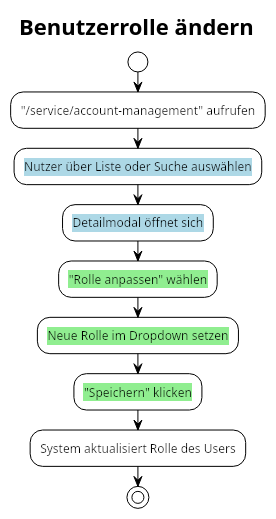
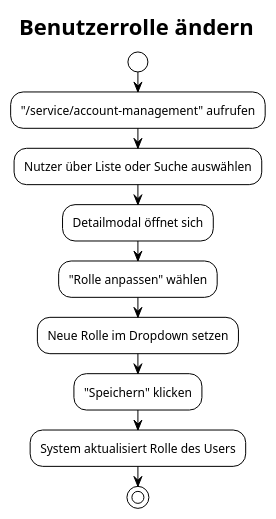
Before and after one commit to konzjulianprivat/EventimDisabilityIntegration: the diagram in diagrams/change_user_role.puml, drawn with PlantUML. The commit also changed 20 other files, not shown here.

```diff
--- a/diagrams/change_user_role.puml
+++ b/diagrams/change_user_role.puml
@@ -1,17 +1,17 @@
 @startuml
 title Benutzerrolle ändern
 
 !theme plain
 skinparam linetype ortho
 start
 
-:<back:White>"/service/account-management" aufrufen;
-:<back:LightBlue>Nutzer über Liste oder Suche auswählen;
-:<back:LightBlue>Detailmodal öffnet sich;
-:<back:LightGreen>"Rolle anpassen" wählen;
-:<back:LightGreen>Neue Rolle im Dropdown setzen;
-:<back:LightGreen>"Speichern" klicken;
-:<back:White>System aktualisiert Rolle des Users;
+:"/service/account-management" aufrufen;
+:Nutzer über Liste oder Suche auswählen;
+:Detailmodal öffnet sich;
+:"Rolle anpassen" wählen;
+:Neue Rolle im Dropdown setzen;
+:"Speichern" klicken;
+:System aktualisiert Rolle des Users;
 
 stop
 @enduml
```
